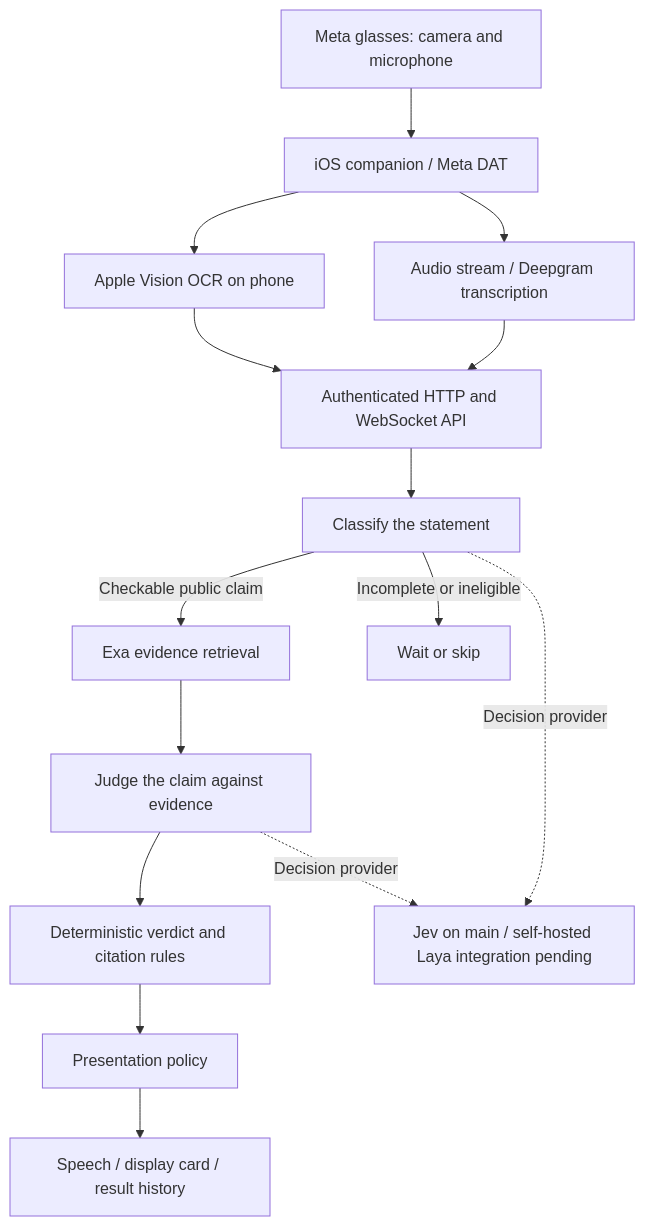
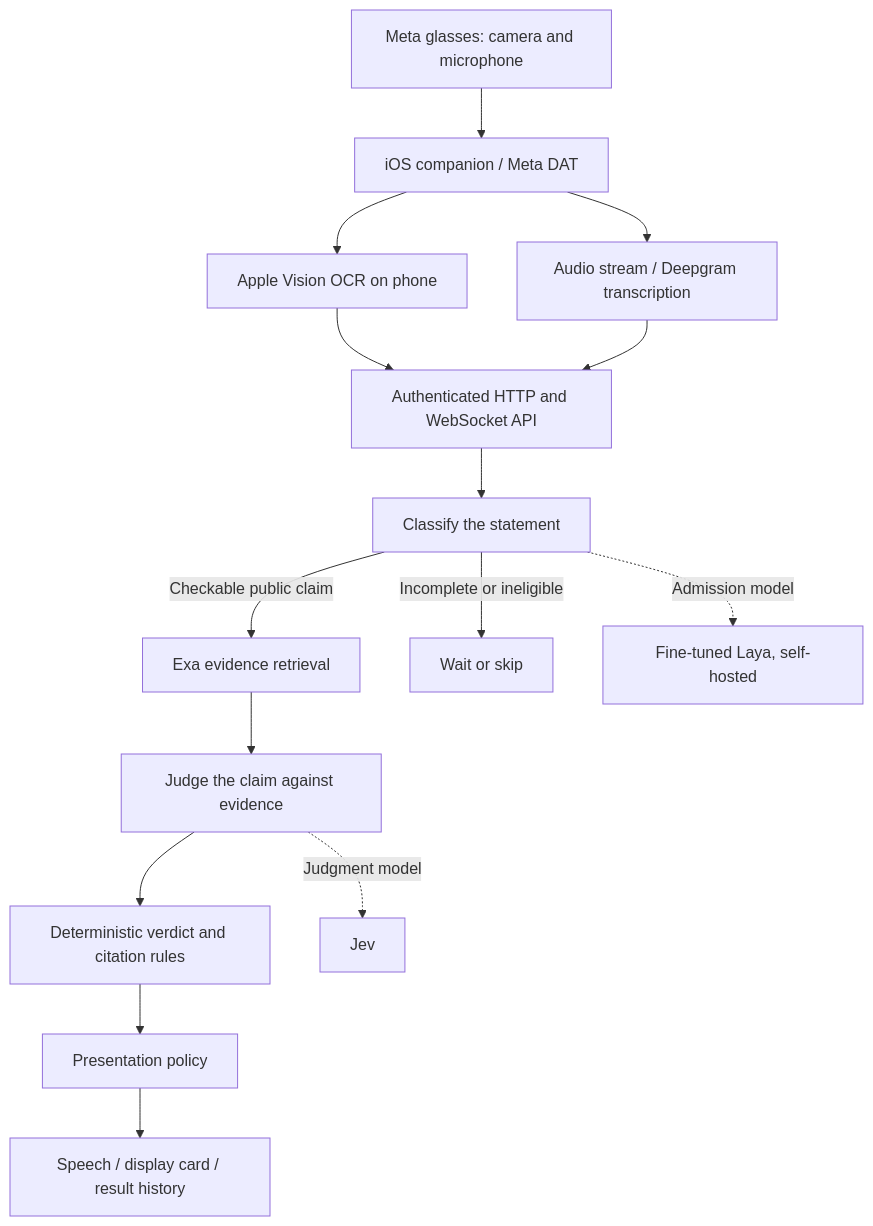
Before and after one commit to erick-dsnk/facto: the diagram in README.md, drawn with Mermaid. The commit also changed other lines of this file and 13 other files, not shown here.

````diff
--- a/README.md
+++ b/README.md
@@ -44,17 +52,17 @@
 ```mermaid
 flowchart TD
     G[Meta glasses: camera and microphone] --> I[iOS companion / Meta DAT]
     I --> O[Apple Vision OCR on phone]
     I --> A[Audio stream / Deepgram transcription]
     O --> T[Authenticated HTTP and WebSocket API]
     A --> T
     T --> C[Classify the statement]
     C -->|Checkable public claim| E[Exa evidence retrieval]
     C -->|Incomplete or ineligible| W[Wait or skip]
     E --> J[Judge the claim against evidence]
     J --> V[Deterministic verdict and citation rules]
     V --> P[Presentation policy]
     P --> R[Speech / display card / result history]
-    C -. Decision provider .-> M[Jev on main / self-hosted Laya integration pending]
-    J -. Decision provider .-> M
+    C -. Admission model .-> L[Fine-tuned Laya, self-hosted]
+    J -. Judgment model .-> M[Jev]
 ```
````
